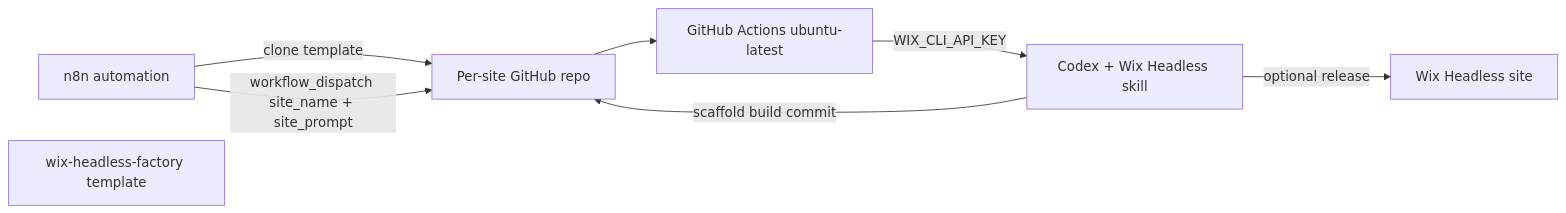
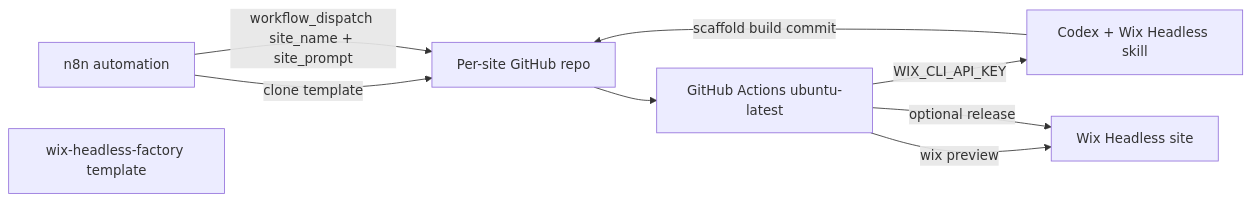
The diagram in README.md (Sonny-Websites/wix-headless-factory), drawn with Mermaid before and after one commit. The commit also changed other lines of this file and 4 other files, not shown here.

````diff
--- a/README.md
+++ b/README.md
@@ -13,16 +13,17 @@
 ```mermaid
 flowchart LR
   n8n[n8n automation]
   template[wix-headless-factory template]
   repo[Per-site GitHub repo]
   gha[GitHub Actions ubuntu-latest]
   codex[Codex + Wix Headless skill]
   wix[Wix Headless site]
 
   n8n -->|clone template| repo
   n8n -->|workflow_dispatch site_name + site_prompt| repo
   repo --> gha
   gha -->|WIX_CLI_API_KEY| codex
   codex -->|scaffold build commit| repo
-  codex -->|optional release| wix
+  gha -->|wix preview| wix
+  gha -->|optional release| wix
 ```
````
